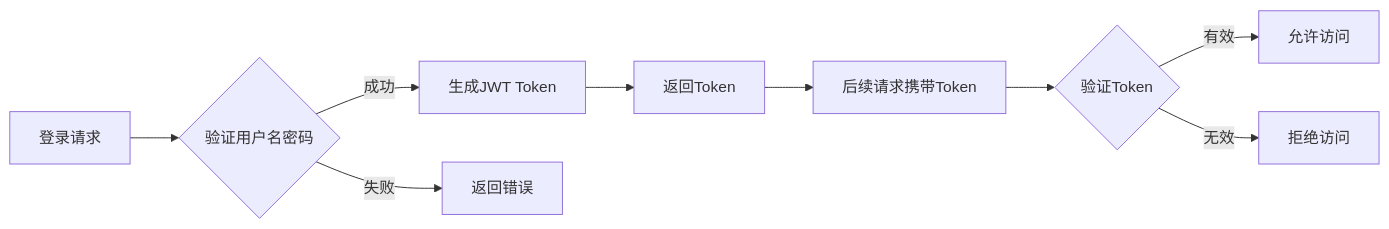
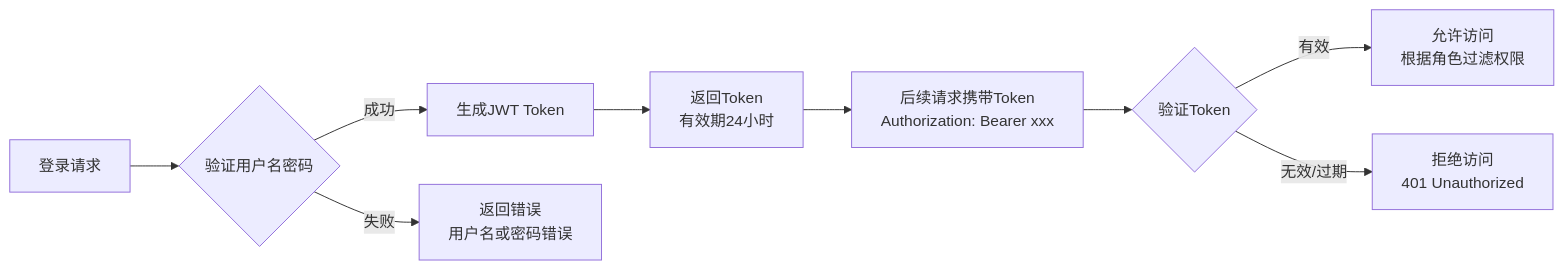
Before and after one commit to xt765/ResumeScreening: the seventh of 14 diagrams in README.md, drawn with Mermaid. The commit also changed other lines of this file and 2 other files, not shown here.

First line of the commit message:
docs: README添加详细文字讲解，实现图文并茂

````diff
--- a/README.md
+++ b/README.md
@@ -260,11 +428,11 @@
 ```mermaid
 graph LR
     A[登录请求] --> B{验证用户名密码}
     B -->|成功| C[生成JWT Token]
-    B -->|失败| D[返回错误]
-    C --> E[返回Token]
-    E --> F[后续请求携带Token]
+    B -->|失败| D[返回错误<br/>用户名或密码错误]
+    C --> E[返回Token<br/>有效期24小时]
+    E --> F[后续请求携带Token<br/>Authorization: Bearer xxx]
     F --> G{验证Token}
-    G -->|有效| H[允许访问]
-    G -->|无效| I[拒绝访问]
+    G -->|有效| H[允许访问<br/>根据角色过滤权限]
+    G -->|无效/过期| I[拒绝访问<br/>401 Unauthorized]
 ```
````
